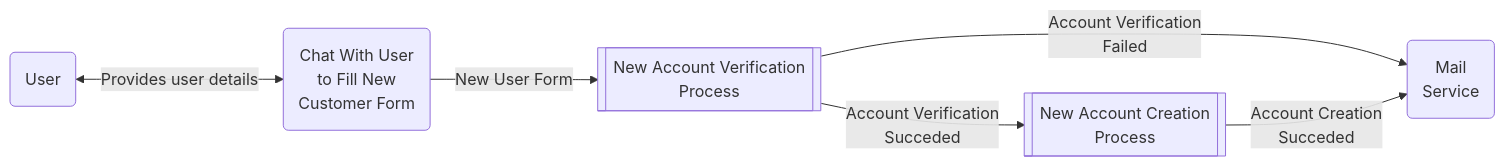
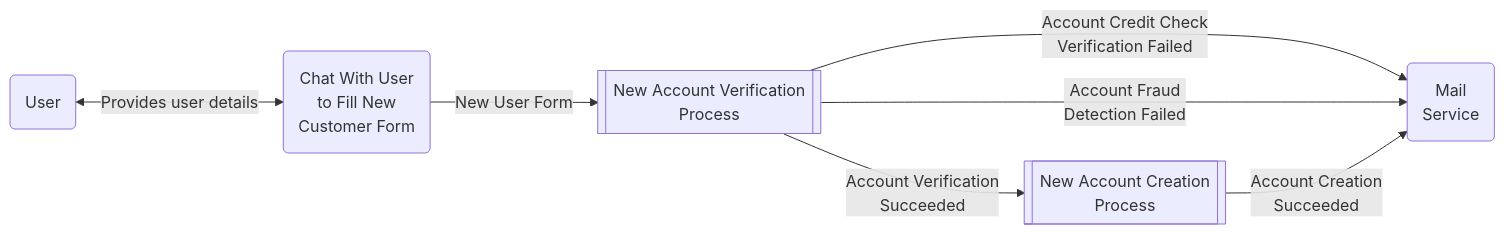
One commit to microsoft/semantic-kernel changed the fourth of 14 diagrams in dotnet/samples/GettingStartedWithProcesses/README.md. Above: the diagram before and after it, drawn with Mermaid. The commit also changed other lines of this file and 15 other files, not shown here.

````diff
--- a/dotnet/samples/GettingStartedWithProcesses/README.md
+++ b/dotnet/samples/GettingStartedWithProcesses/README.md
@@ -108,14 +110,15 @@
 ```mermaid
 flowchart LR
     User(User)
     FillForm(Chat With User <br/> to Fill New <br/> Customer Form)
     NewAccountVerification[[New Account Verification<br/> Process]]
     NewAccountCreation[[New Account Creation<br/> Process]]
     Mailer(Mail <br/> Service)
 
     User<-->|Provides user details|FillForm
     FillForm-->|New User Form|NewAccountVerification
-    NewAccountVerification-->|Account Verification <br/> Failed|Mailer
-    NewAccountVerification-->|Account Verification <br/> Succeded|NewAccountCreation
-    NewAccountCreation-->|Account Creation <br/> Succeded|Mailer
+    NewAccountVerification-->|Account Credit Check<br/> Verification Failed|Mailer
+    NewAccountVerification-->|Account Fraud<br/> Detection Failed|Mailer
+    NewAccountVerification-->|Account Verification <br/> Succeeded|NewAccountCreation
+    NewAccountCreation-->|Account Creation <br/> Succeeded|Mailer
 ```
````
